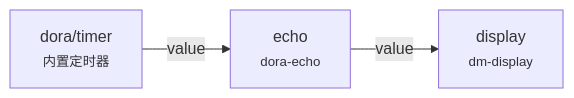
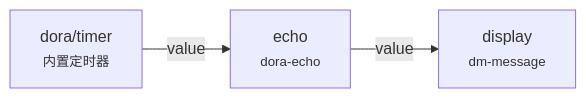
Before and after one commit to l1veIn/dora-manager: the first of 7 diagrams in wiki/zh/05-dataflow-concept.md, drawn with Mermaid. The commit also changed other lines of this file and 43 other files, not shown here.

````diff
--- a/wiki/zh/05-dataflow-concept.md
+++ b/wiki/zh/05-dataflow-concept.md
@@ -11,5 +11,5 @@
 ```mermaid
 graph LR
     T["dora/timer<br/><small>内置定时器</small>"] -->|"value"| A["echo<br/><small>dora-echo</small>"]
-    A -->|"value"| B["display<br/><small>dm-display</small>"]
+    A -->|"value"| B["display<br/><small>dm-message</small>"]
 ```
````
